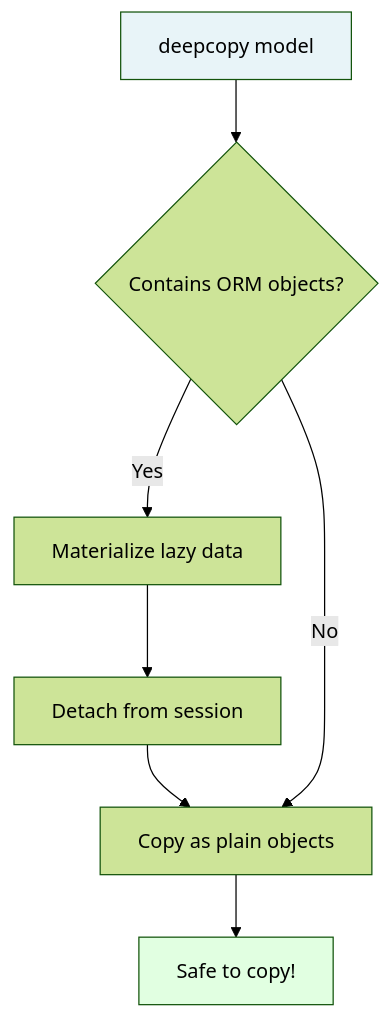
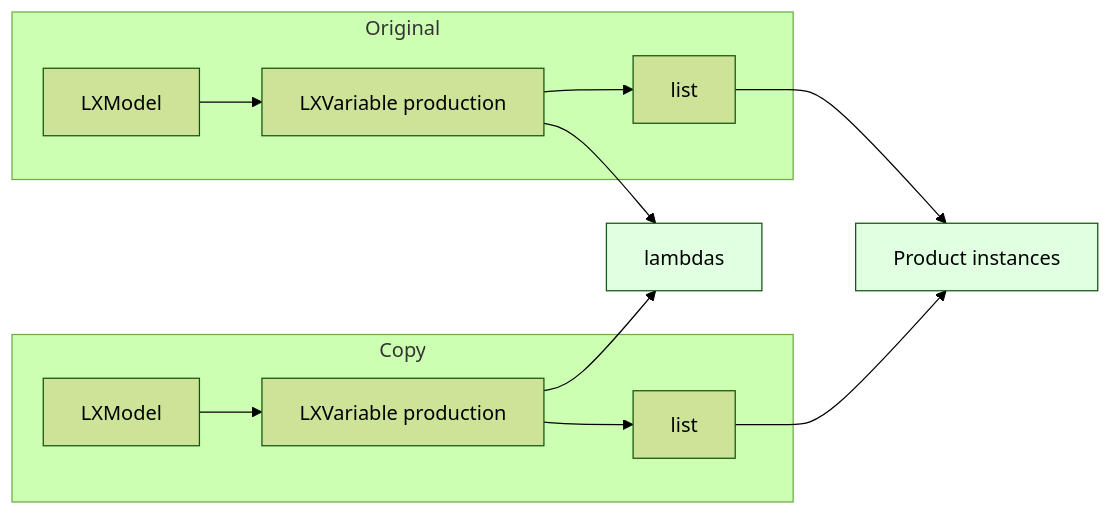
Before and after one commit to tdelphi1981/LumiX: the diagram in docs/source/user-guide/utils/model-copying.rst, drawn with Mermaid (forest theme). The commit also changed other lines of this file and 27 other files, not shown here.

```diff
--- a/docs/source/user-guide/utils/model-copying.rst
+++ b/docs/source/user-guide/utils/model-copying.rst
@@ -52,12 +56,18 @@
 .. mermaid::
 
-   graph TD
-       A[deepcopy model] --> B{Contains ORM objects?}
-       B -->|Yes| C[Materialize lazy data]
-       C --> D[Detach from session]
-       D --> E[Copy as plain objects]
-       B -->|No| E
-       E --> F[Safe to copy!]
+   graph LR
+       subgraph Original
+           A[LXModel] --> B[LXVariable production]
+           B --> C[list]
+       end
+       subgraph Copy
+           A2[LXModel] --> B2[LXVariable production]
+           B2 --> C2[list]
+       end
+       C --> D[Product instances]
+       C2 --> D
+       B --> E[lambdas]
+       B2 --> E
 
-       style A fill:#e8f4f8
-       style F fill:#e1ffe1
+       style D fill:#e1ffe1
+       style E fill:#e1ffe1
```
